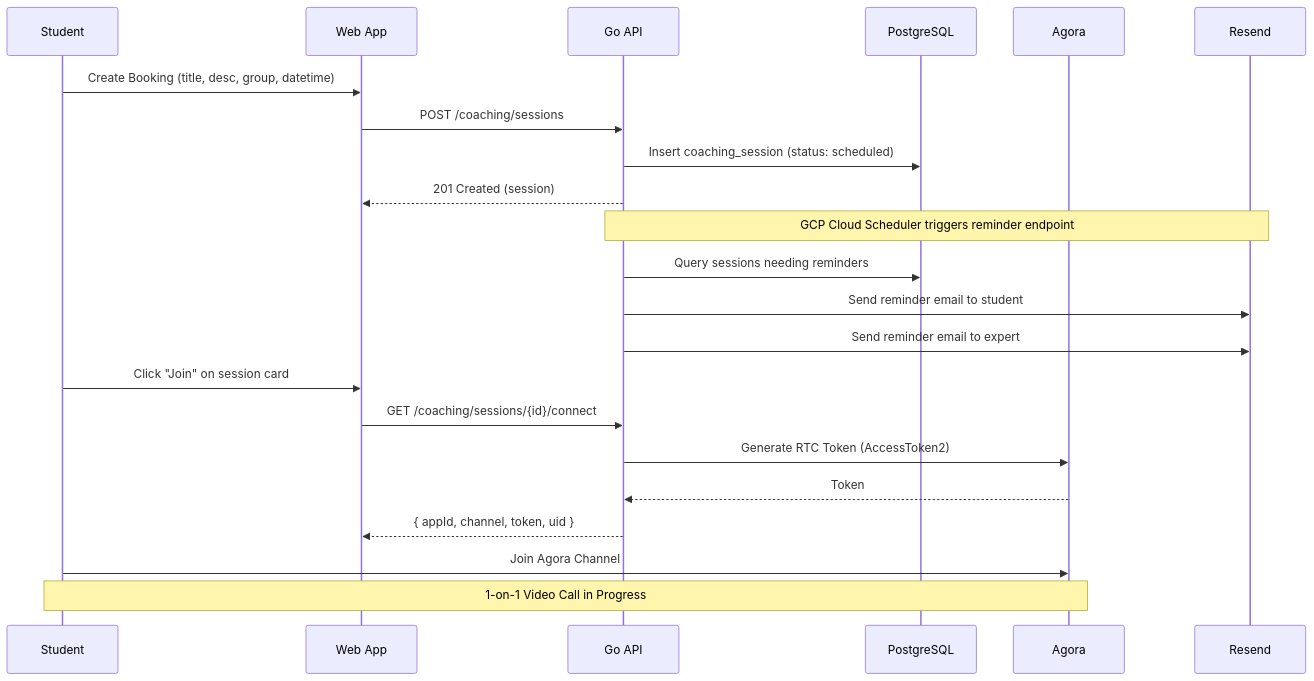
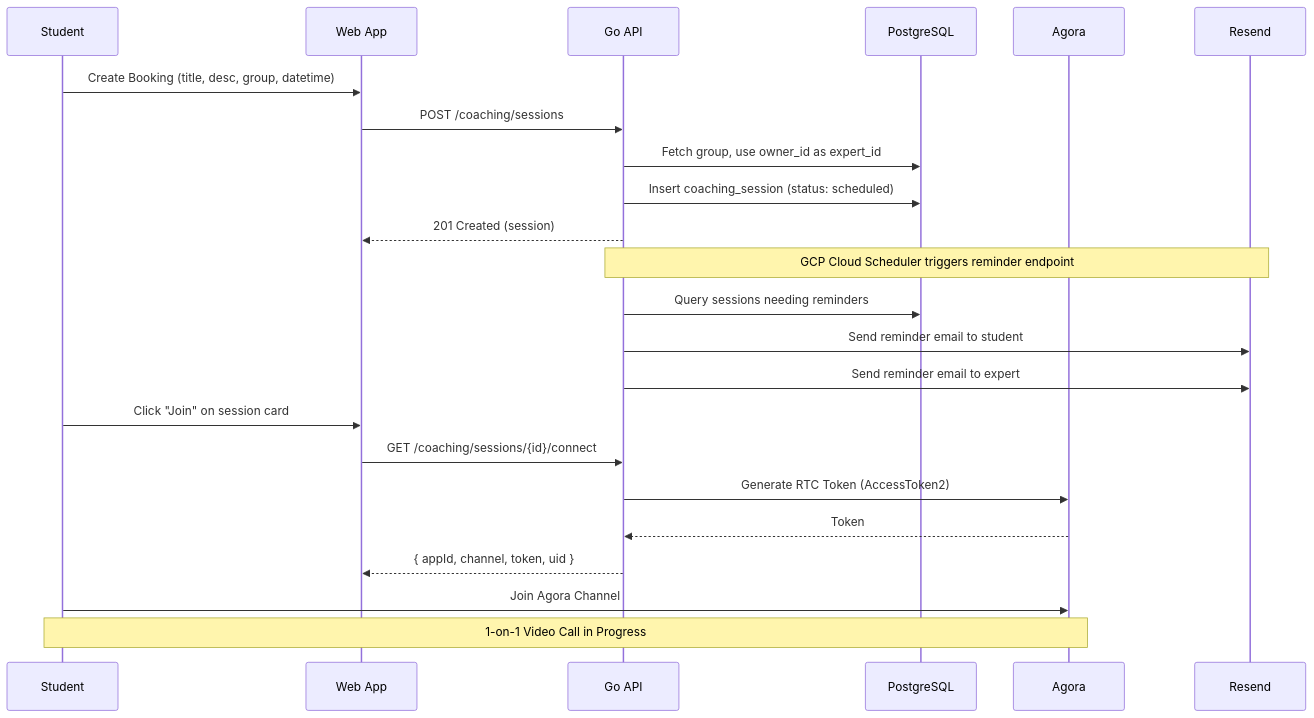
The second of 5 diagrams in instructions/tasks/20260406115627_live_coaching_feature/README.md (OZIOisgood/zeta), drawn with Mermaid before and after one commit. The commit also changed other lines of this file and 40 other files, not shown here.

````diff
--- a/instructions/tasks/20260406115627_live_coaching_feature/README.md
+++ b/instructions/tasks/20260406115627_live_coaching_feature/README.md
@@ -45,28 +45,29 @@
 ```mermaid
 sequenceDiagram
     participant S as Student
     participant W as Web App
     participant A as Go API
     participant D as PostgreSQL
     participant AG as Agora
     participant E as Resend
 
     S->>W: Create Booking (title, desc, group, datetime)
     W->>A: POST /coaching/sessions
+    A->>D: Fetch group, use owner_id as expert_id
     A->>D: Insert coaching_session (status: scheduled)
     A-->>W: 201 Created (session)
 
     Note over A,E: GCP Cloud Scheduler triggers reminder endpoint
     A->>D: Query sessions needing reminders
     A->>E: Send reminder email to student
     A->>E: Send reminder email to expert
 
     S->>W: Click "Join" on session card
     W->>A: GET /coaching/sessions/{id}/connect
     A->>AG: Generate RTC Token (AccessToken2)
     AG-->>A: Token
     A-->>W: { appId, channel, token, uid }
 
     S->>AG: Join Agora Channel
     Note over S,AG: 1-on-1 Video Call in Progress
 ```
````
